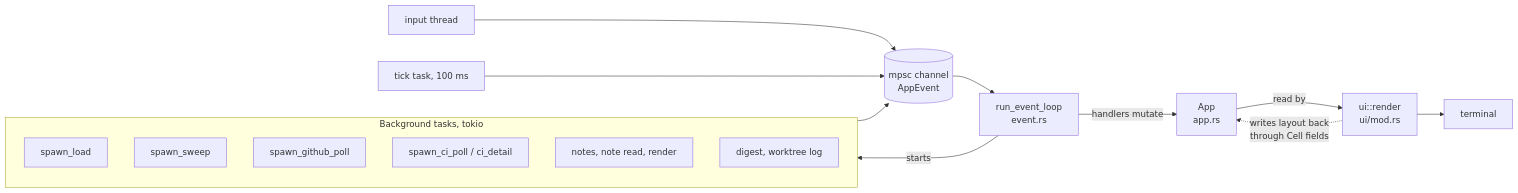
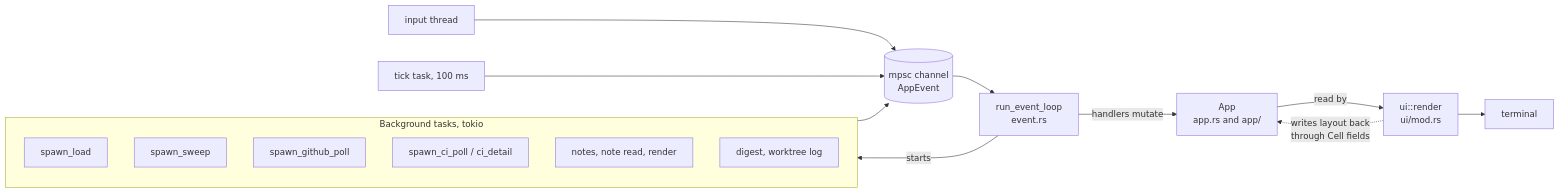
Before and after one commit to Gaurgle/fleetz: the first of 3 diagrams in docs/architecture.md, drawn with Mermaid. The commit also changed other lines of this file, not shown here.

First line of the commit message:
docs(architecture): survey after the app-split batch, measured on 5d2e7f6

````diff
--- a/docs/architecture.md
+++ b/docs/architecture.md
@@ -28,20 +29,20 @@
 ```mermaid
 flowchart LR
   subgraph sources[Background tasks, tokio]
     L[spawn_load]
     S[spawn_sweep]
     P[spawn_github_poll]
     C[spawn_ci_poll / ci_detail]
     N[notes, note read, render]
     D[digest, worktree log]
   end
   IN[input thread] --> CH
   TK[tick task, 100 ms] --> CH
   sources --> CH[(mpsc channel<br/>AppEvent)]
   CH --> LOOP[run_event_loop<br/>event.rs]
-  LOOP -->|handlers mutate| APP[App<br/>app.rs]
+  LOOP -->|handlers mutate| APP[App<br/>app.rs and app/]
   APP -->|read by| R[ui::render<br/>ui/mod.rs]
   R --> TERM[terminal]
   R -. writes layout back<br/>through Cell fields .-> APP
   LOOP -->|starts| sources
 ```
````
